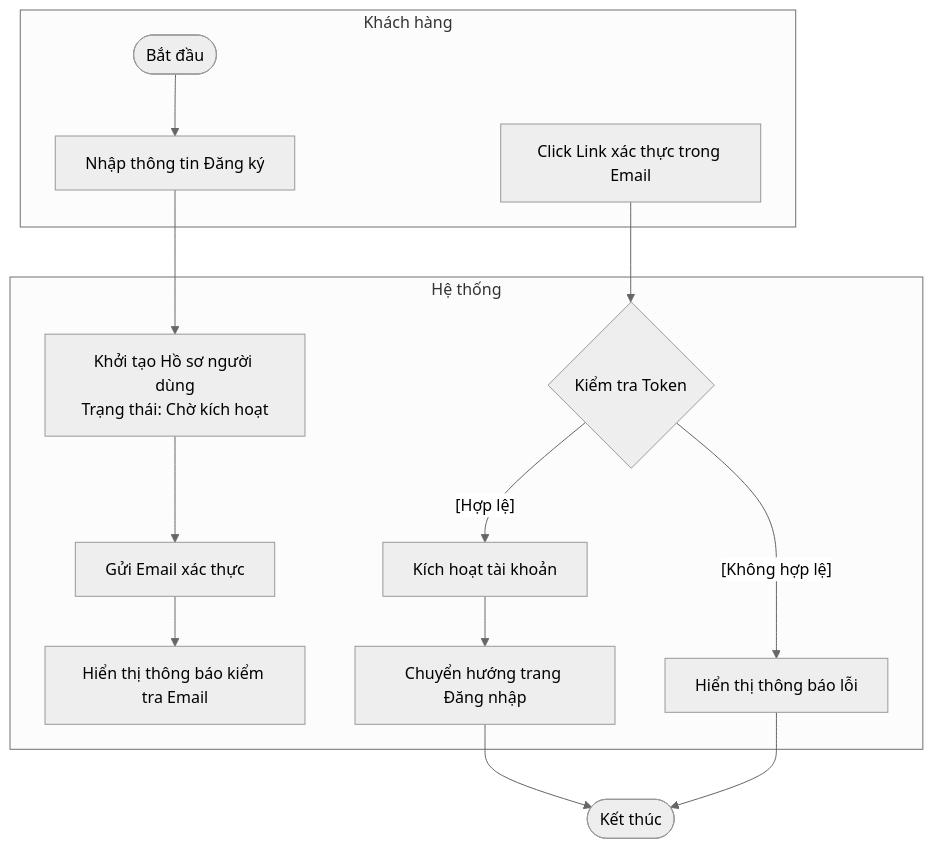
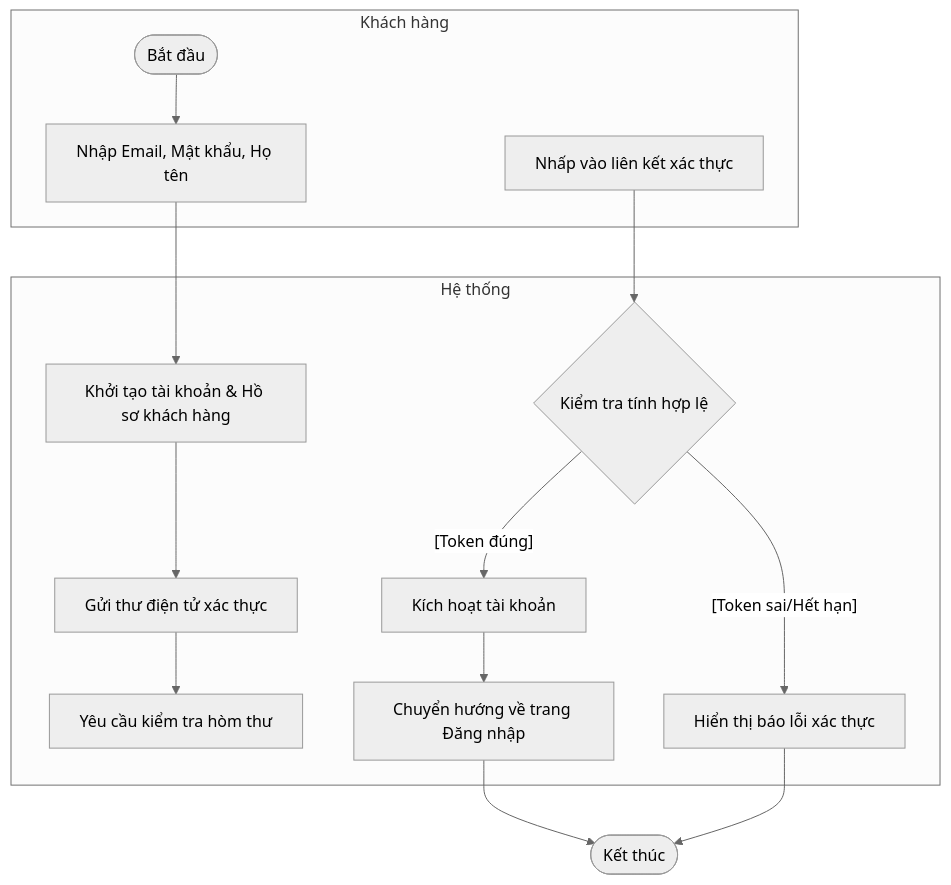
Before and after one commit to ngoctinn/Synapse: the first of 10 diagrams in docs/design/activity_diagrams.md, drawn with Mermaid (neutral theme). The commit also changed other lines of this file and 6 other files, not shown here.

Commit message:
docs: Add initial design documentation covering use cases, data specifications, and various system diagrams.

````diff
--- a/docs/design/activity_diagrams.md
+++ b/docs/design/activity_diagrams.md
@@ -12,22 +12,22 @@
 ```mermaid
 flowchart TD
     subgraph KhachHang ["Khách hàng"]
-        Start([Bắt đầu]) --> Input[Nhập thông tin Đăng ký]
-        ClickLink[Click Link xác thực trong Email]
+        Start([Bắt đầu]) --> Input[Nhập Email, Mật khẩu, Họ tên]
+        ClickLink[Nhấp vào liên kết xác thực]
     end
 
     subgraph HeThong ["Hệ thống"]
-        Input --> CreateProfile[Khởi tạo Hồ sơ người dùng\nTrạng thái: Chờ kích hoạt]
-        CreateProfile --> SendEmail[Gửi Email xác thực]
-        SendEmail --> Notify[Hiển thị thông báo kiểm tra Email]
+        Input --> CreateAcct[Khởi tạo tài khoản & Hồ sơ khách hàng]
+        CreateAcct --> SendEmail[Gửi thư điện tử xác thực]
+        SendEmail --> ShowInfo[Yêu cầu kiểm tra hòm thư]
 
-        ClickLink --> Verify{Kiểm tra Token}
-        Verify -- "[Hợp lệ]" --> Activate[Kích hoạt tài khoản]
-        Verify -- "[Không hợp lệ]" --> Error[Hiển thị thông báo lỗi]
+        ClickLink --> ValidateToken{Kiểm tra tính hợp lệ}
+        ValidateToken -- "[Token đúng]" --> Activate[Kích hoạt tài khoản]
+        ValidateToken -- "[Token sai/Hết hạn]" --> ShowError[Hiển thị báo lỗi xác thực]
 
-        Activate --> Redirect[Chuyển hướng trang Đăng nhập]
+        Activate --> Forward[Chuyển hướng về trang Đăng nhập]
     end
 
-    Redirect --> End([Kết thúc])
-    Error --> End
+    Forward --> End([Kết thúc])
+    ShowError --> End
 ```
````
